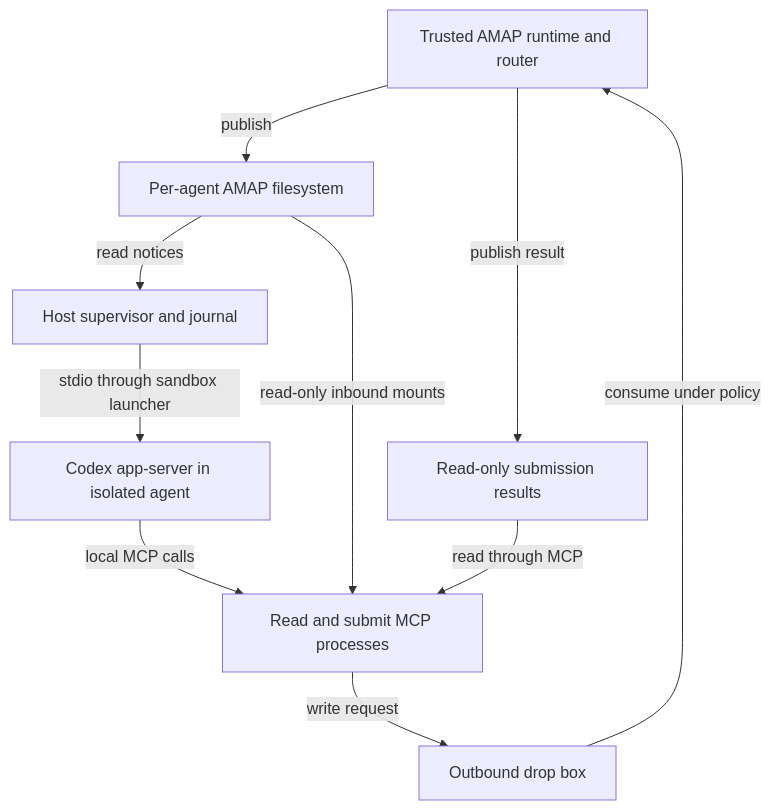
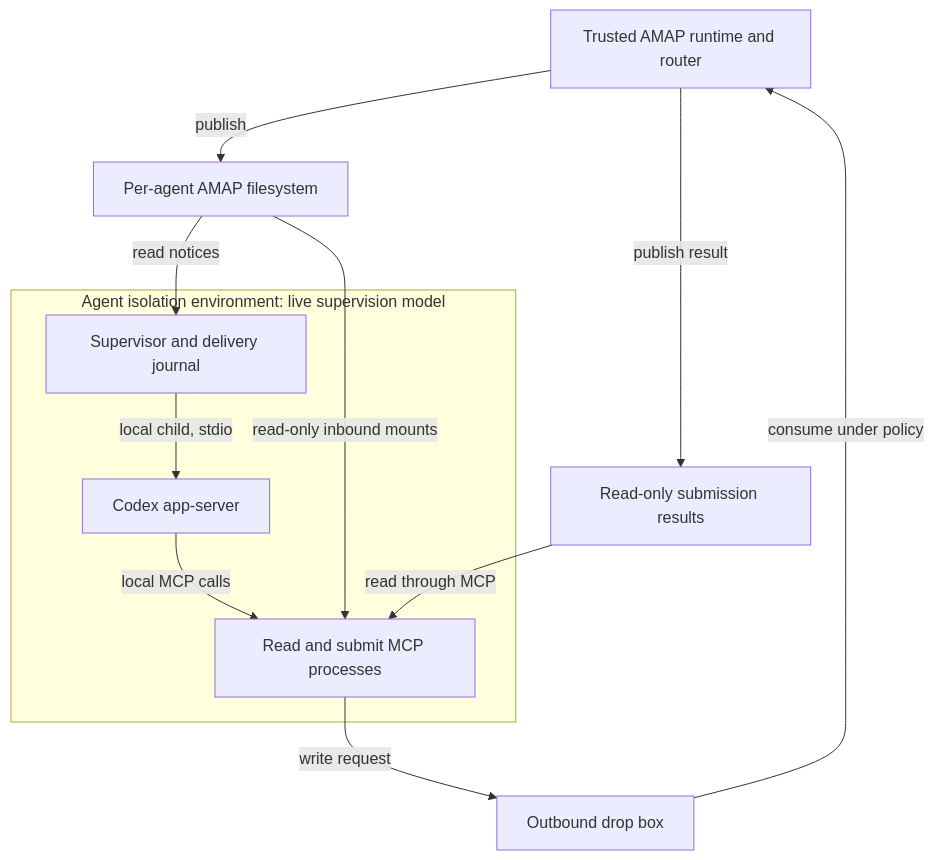
The diagram in docs/DESIGN.md (proofpoint/amap-connector-codex), drawn with Mermaid before and after one commit. The commit also changed other lines of this file and 18 other files, not shown here.

````diff
--- a/docs/DESIGN.md
+++ b/docs/DESIGN.md
@@ -70,12 +71,17 @@
 ```mermaid
 flowchart TD
     R["Trusted AMAP runtime and router"] -->|publish| F["Per-agent AMAP filesystem"]
-    F -->|read notices| S["Host supervisor and journal"]
-    S -->|stdio through sandbox launcher| C["Codex app-server in isolated agent"]
+    subgraph E["Agent isolation environment: live supervision model"]
+        S["Supervisor and delivery journal"]
+        C["Codex app-server"]
+        M["Read and submit MCP processes"]
+    end
+    F -->|read notices| S
+    S -->|local child, stdio| C
     C -->|local MCP calls| M["Read and submit MCP processes"]
     F -->|read-only inbound mounts| M
     M -->|write request| O["Outbound drop box"]
     O -->|consume under policy| R
     R -->|publish result| Q["Read-only submission results"]
     Q -->|read through MCP| M
 ```
````
